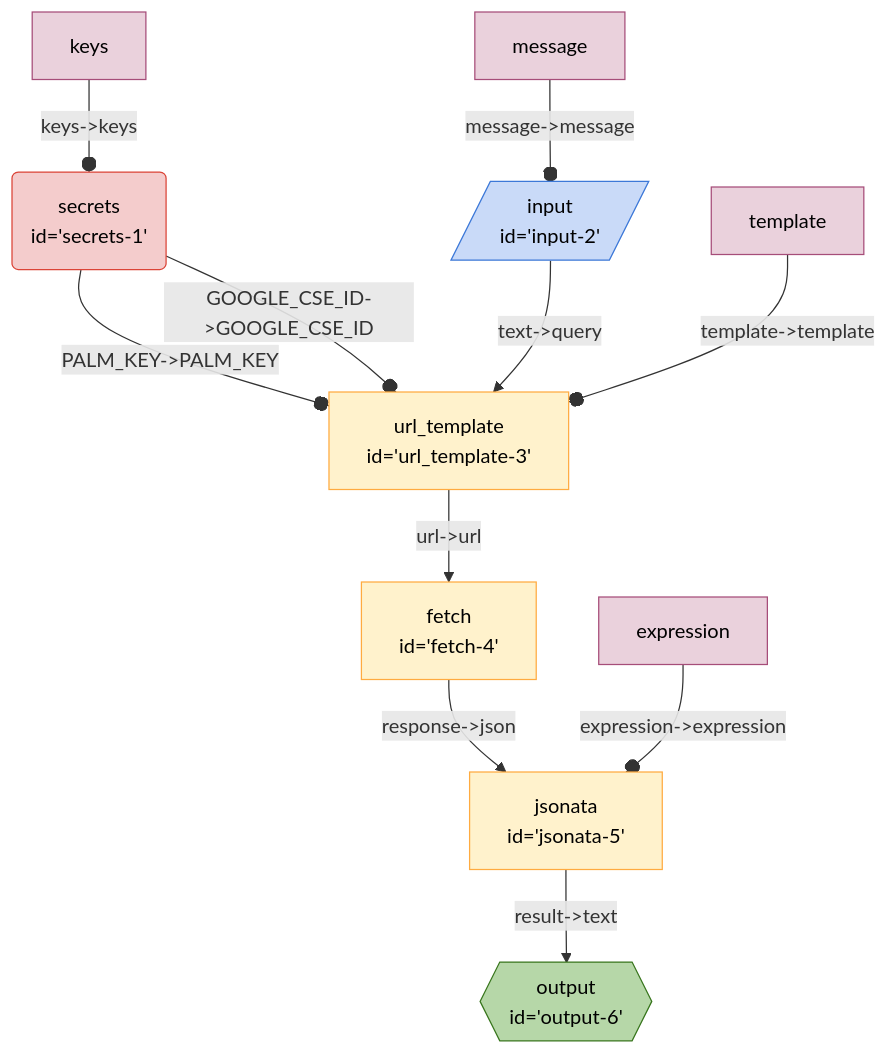
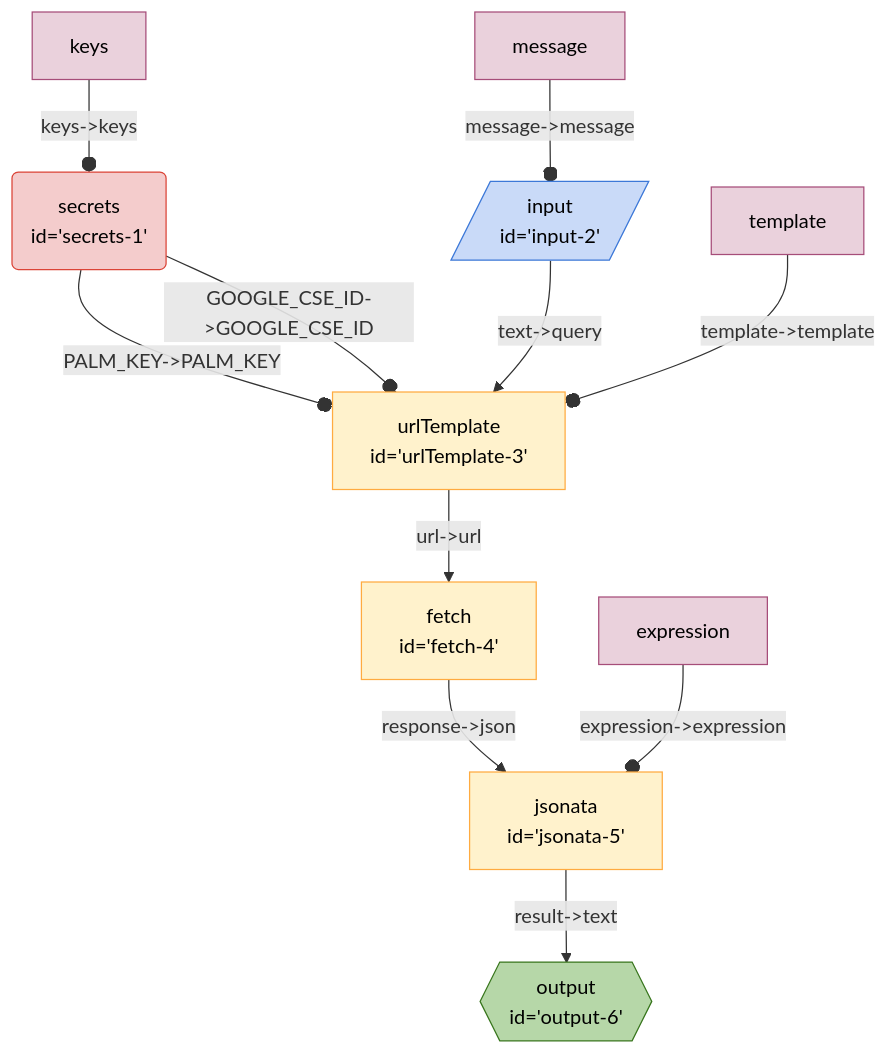
The diagram in seeds/graph-playground/docs/graphs/just-search.md (breadboard-ai/breadboard), drawn with Mermaid before and after one commit. The commit also changed 41 other files, not shown here.

````diff
--- a/seeds/graph-playground/docs/graphs/just-search.md
+++ b/seeds/graph-playground/docs/graphs/just-search.md
@@ -5,34 +5,34 @@
   ```mermaid
   %%{init: 'themeVariables': { 'fontFamily': 'Fira Code, monospace' }}%%
 graph TD;
 secrets1("secrets
-id='secrets-1'"):::secrets -- "PALM_KEY->PALM_KEY" --o url_template3["url_template
-id='url_template-3'"]
+id='secrets-1'"):::secrets -- "PALM_KEY->PALM_KEY" --o urlTemplate3["urlTemplate
+id='urlTemplate-3'"]
 secrets1("secrets
-id='secrets-1'"):::secrets -- "GOOGLE_CSE_ID->GOOGLE_CSE_ID" --o url_template3["url_template
-id='url_template-3'"]
+id='secrets-1'"):::secrets -- "GOOGLE_CSE_ID->GOOGLE_CSE_ID" --o urlTemplate3["urlTemplate
+id='urlTemplate-3'"]
 jsonata5["jsonata
 id='jsonata-5'"] -- "result->text" --> output6{{"output
 id='output-6'"}}:::output
 fetch4["fetch
 id='fetch-4'"] -- "response->json" --> jsonata5["jsonata
 id='jsonata-5'"]
-url_template3["url_template
-id='url_template-3'"] -- "url->url" --> fetch4["fetch
+urlTemplate3["urlTemplate
+id='urlTemplate-3'"] -- "url->url" --> fetch4["fetch
 id='fetch-4'"]
 input2[/"input
-id='input-2'"/]:::input -- "text->query" --> url_template3["url_template
-id='url_template-3'"]
+id='input-2'"/]:::input -- "text->query" --> urlTemplate3["urlTemplate
+id='urlTemplate-3'"]
 keyssecrets1[keys]:::config -- "keys->keys" --o secrets1
 messageinput2[message]:::config -- "message->message" --o input2
-templateurl_template3[template]:::config -- "template->template" --o url_template3
+templateurlTemplate3[template]:::config -- "template->template" --o urlTemplate3
 expressionjsonata5[expression]:::config -- "expression->expression" --o jsonata5
 classDef default stroke:#ffab40,fill:#fff2ccff,color:#000
 classDef input stroke:#3c78d8,fill:#c9daf8ff,color:#000
 classDef output stroke:#38761d,fill:#b6d7a8ff,color:#000
 classDef passthrough stroke:#a64d79,fill:#ead1dcff,color:#000
 classDef slot stroke:#a64d79,fill:#ead1dcff,color:#000
 classDef config stroke:#a64d79,fill:#ead1dcff,color:#000
 classDef secrets stroke:#db4437,fill:#f4cccc,color:#000
 classDef slotted stroke:#a64d79
   ```
````
